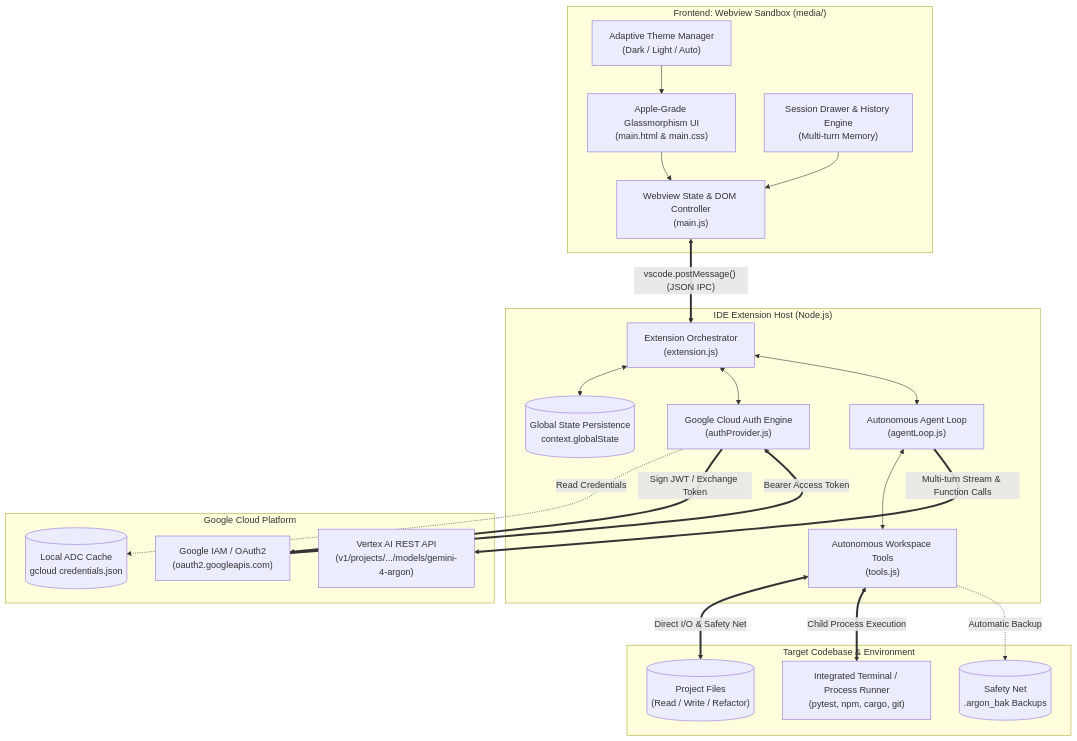
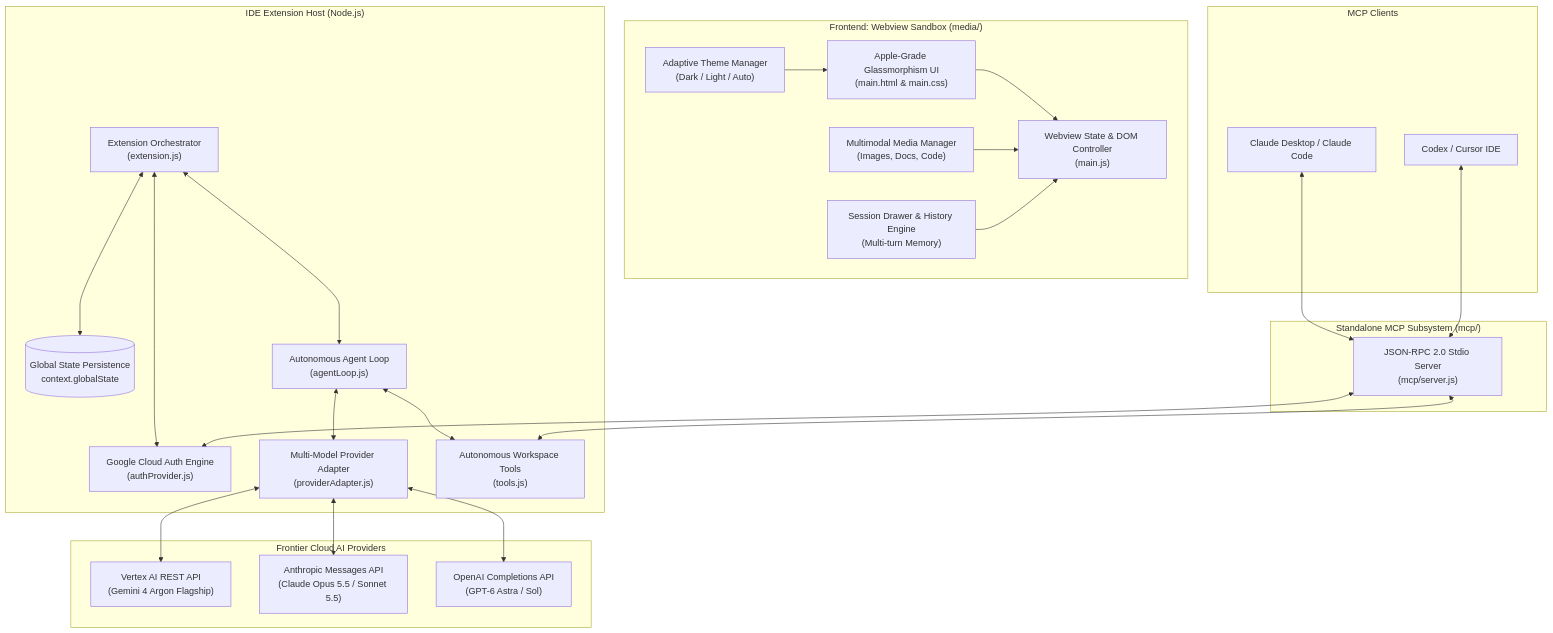
The diagram in lucknexa.gemini-4-argon-1.0.0/ARCHITECTURE.md (ffzlucky7-coder/gemini-4-argon), drawn with Mermaid before and after one commit. The commit also changed other lines of this file and 13 other files, not shown here.

Commit message:
feat(v1.1.0): add multimodal attachments, Claude Desktop/Codex MCP server, and multi-model provider adapter by Lucky Kuntal

````diff
--- a/lucknexa.gemini-4-argon-1.0.0/ARCHITECTURE.md
+++ b/lucknexa.gemini-4-argon-1.0.0/ARCHITECTURE.md
@@ -14,46 +14,50 @@
 ```mermaid
 flowchart TD
     subgraph Client ["Frontend: Webview Sandbox (media/)"]
         UI["Apple-Grade Glassmorphism UI\n(main.html & main.css)"]
         Controller["Webview State & DOM Controller\n(main.js)"]
+        Attachments["Multimodal Media Manager\n(Images, Docs, Code)"]
         Theme["Adaptive Theme Manager\n(Dark / Light / Auto)"]
         Drawer["Session Drawer & History Engine\n(Multi-turn Memory)"]
         UI --> Controller
         Theme --> UI
+        Attachments --> Controller
         Drawer --> Controller
     end
 
     subgraph Host ["IDE Extension Host (Node.js)"]
         Ext["Extension Orchestrator\n(extension.js)"]
         Storage[("Global State Persistence\ncontext.globalState")]
         Auth["Google Cloud Auth Engine\n(authProvider.js)"]
+        Adapter["Multi-Model Provider Adapter\n(providerAdapter.js)"]
         Agent["Autonomous Agent Loop\n(agentLoop.js)"]
         Tools["Autonomous Workspace Tools\n(tools.js)"]
         Ext <--> Storage
         Ext <--> Auth
         Ext <--> Agent
+        Agent <--> Adapter
         Agent <--> Tools
     end
 
-    subgraph Cloud ["Google Cloud Platform"]
-        Vertex["Vertex AI REST API\n(v1/projects/.../models/gemini-4-argon)"]
-        IAM["Google IAM / OAuth2\n(oauth2.googleapis.com)"]
-        ADC[("Local ADC Cache\ngcloud credentials.json")]
+    subgraph MCPServer ["Standalone MCP Subsystem (mcp/)"]
+        MCPEntry["JSON-RPC 2.0 Stdio Server\n(mcp/server.js)"]
+        MCPEntry <--> Tools
+        MCPEntry <--> Auth
     end
 
-    subgraph Workspace ["Target Codebase & Environment"]
-        FS[("Project Files\n(Read / Write / Refactor)")]
-        Term["Integrated Terminal / Process Runner\n(pytest, npm, cargo, git)"]
-        Bak[("Safety Net\n.argon_bak Backups")]
+    subgraph ExternalClients ["MCP Clients"]
+        ClaudeDesk["Claude Desktop / Claude Code"]
+        Codex["Codex / Cursor IDE"]
+        ClaudeDesk <--> MCPEntry
+        Codex <--> MCPEntry
     end
 
-    %% Inter-subsystem messaging
-    Controller <== "vscode.postMessage() (JSON IPC)" ==> Ext
-    Auth -. "Read Credentials" .-> ADC
-    Auth == "Sign JWT / Exchange Token" ==> IAM
-    IAM == "Bearer Access Token" ==> Auth
-    Agent == "Multi-turn Stream & Function Calls" ==> Vertex
-    Tools <== "Direct I/O & Safety Net" ==> FS
-    Tools <== "Child Process Execution" ==> Term
-    Tools -. "Automatic Backup" .-> Bak
+    subgraph CloudProviders ["Frontier Cloud AI Providers"]
+        Vertex["Vertex AI REST API\n(Gemini 4 Argon Flagship)"]
+        Anthropic["Anthropic Messages API\n(Claude Opus 5.5 / Sonnet 5.5)"]
+        OpenAI["OpenAI Completions API\n(GPT-6 Astra / Sol)"]
+        Adapter <--> Vertex
+        Adapter <--> Anthropic
+        Adapter <--> OpenAI
+    end
 ```
````
